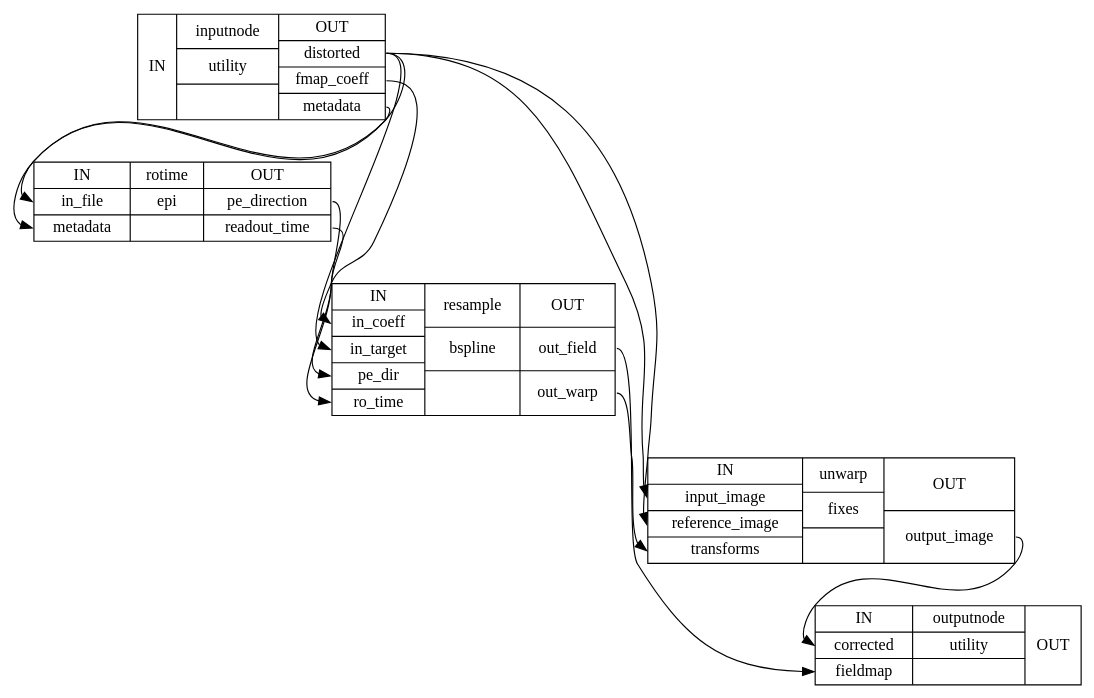
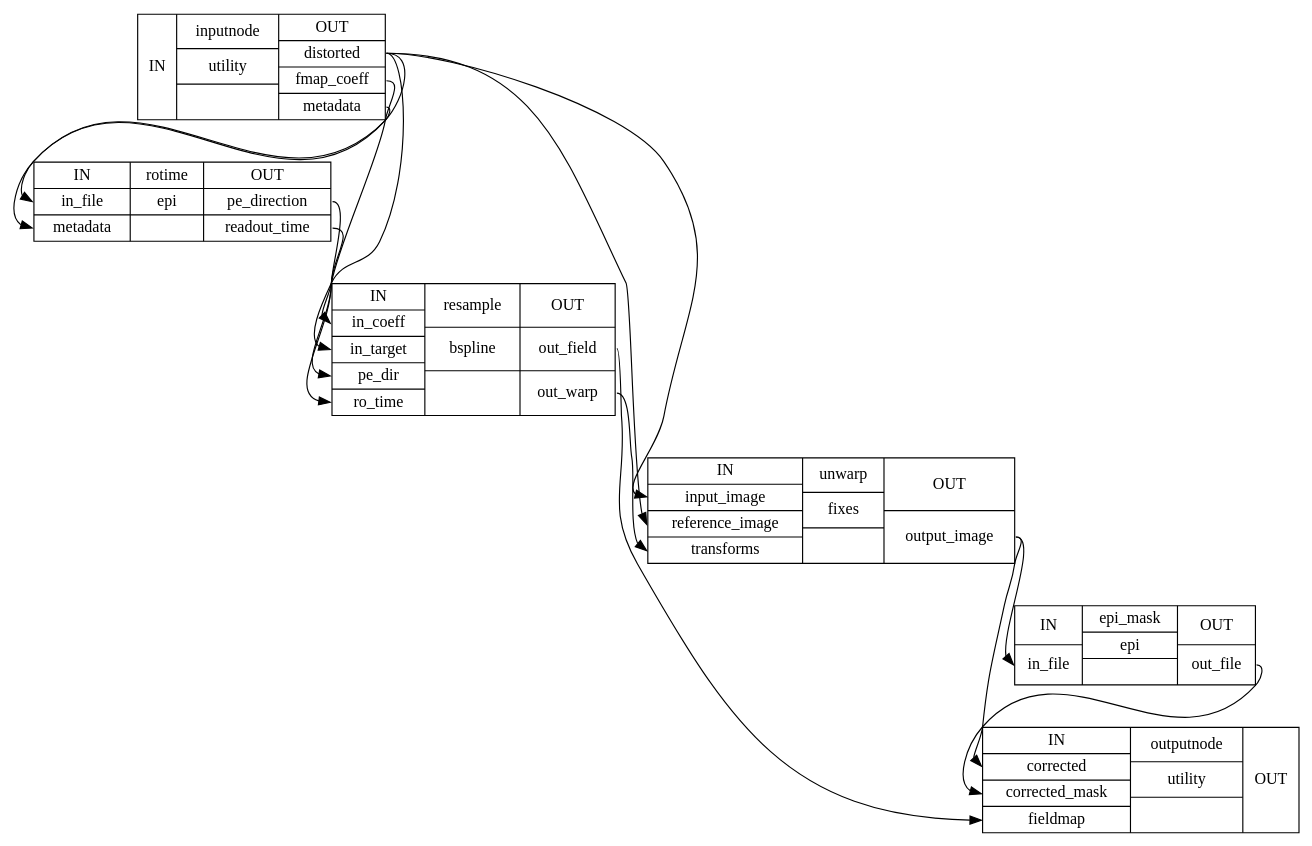
The diagram in 1.4.0rc0/wf_directive/api/unwarp_wf/sdcflows-workflows-apply-correction-1_detailed.dot (wayne009007/sdcflows), drawn with Graphviz before and after one commit. The commit also changed 2826 other files, not shown here.

```diff
--- a/1.4.0rc0/wf_directive/api/unwarp_wf/sdcflows-workflows-apply-correction-1_detailed.dot
+++ b/1.4.0rc0/wf_directive/api/unwarp_wf/sdcflows-workflows-apply-correction-1_detailed.dot
@@ -1,19 +1,22 @@
 digraph structs {
 node [shape=record];
 unwarp_wfinputnode [label="{IN}|{ inputnode | utility |  }|{OUT|<outdistorted> distorted|<outfmapcoeff> fmap_coeff|<outmetadata> metadata}"];
 unwarp_wfrotime [label="{IN|<ininfile> in_file|<inmetadata> metadata}|{ rotime | epi |  }|{OUT|<outpedirection> pe_direction|<outreadouttime> readout_time}"];
 unwarp_wfresample [label="{IN|<inincoeff> in_coeff|<inintarget> in_target|<inpedir> pe_dir|<inrotime> ro_time}|{ resample | bspline |  }|{OUT|<outoutfield> out_field|<outoutwarp> out_warp}"];
 unwarp_wfunwarp [label="{IN|<ininputimage> input_image|<inreferenceimage> reference_image|<intransforms> transforms}|{ unwarp | fixes |  }|{OUT|<outoutputimage> output_image}"];
-unwarp_wfoutputnode [label="{IN|<incorrected> corrected|<infieldmap> fieldmap}|{ outputnode | utility |  }|{OUT}"];
+unwarp_wfepi_mask [label="{IN|<ininfile> in_file}|{ epi_mask | epi |  }|{OUT|<outoutfile> out_file}"];
+unwarp_wfoutputnode [label="{IN|<incorrected> corrected|<incorrectedmask> corrected_mask|<infieldmap> fieldmap}|{ outputnode | utility |  }|{OUT}"];
+unwarp_wfepi_mask:outoutfile:e -> unwarp_wfoutputnode:incorrectedmask:w;
 unwarp_wfinputnode:outdistorted:e -> unwarp_wfresample:inintarget:w;
 unwarp_wfinputnode:outdistorted:e -> unwarp_wfrotime:ininfile:w;
 unwarp_wfinputnode:outdistorted:e -> unwarp_wfunwarp:ininputimage:w;
 unwarp_wfinputnode:outdistorted:e -> unwarp_wfunwarp:inreferenceimage:w;
 unwarp_wfinputnode:outfmapcoeff:e -> unwarp_wfresample:inincoeff:w;
 unwarp_wfinputnode:outmetadata:e -> unwarp_wfrotime:inmetadata:w;
 unwarp_wfresample:outoutfield:e -> unwarp_wfoutputnode:infieldmap:w;
 unwarp_wfresample:outoutwarp:e -> unwarp_wfunwarp:intransforms:w;
 unwarp_wfrotime:outpedirection:e -> unwarp_wfresample:inpedir:w;
 unwarp_wfrotime:outreadouttime:e -> unwarp_wfresample:inrotime:w;
+unwarp_wfunwarp:outoutputimage:e -> unwarp_wfepi_mask:ininfile:w;
 unwarp_wfunwarp:outoutputimage:e -> unwarp_wfoutputnode:incorrected:w;
 }
```
